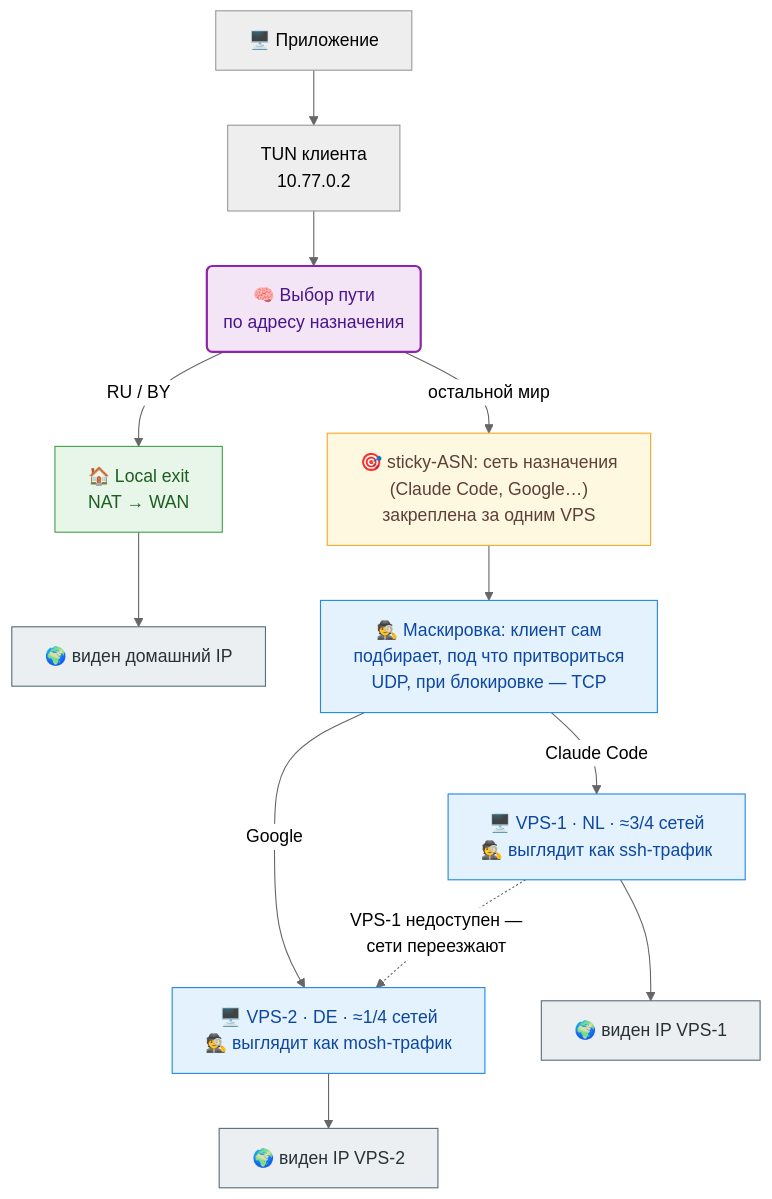
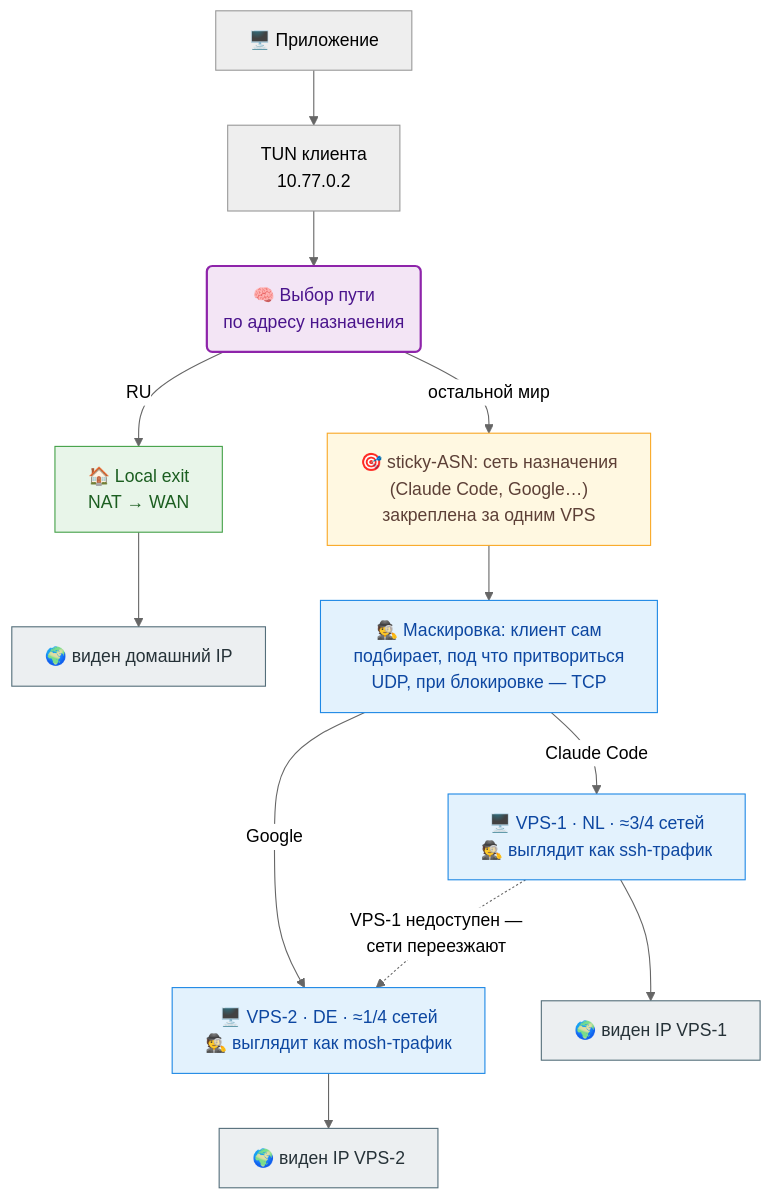
The diagram in README.md (vadv/svpn), drawn with Mermaid (neutral theme) before and after one commit. The commit also changed other lines of this file and 5 other files, not shown here.

````diff
--- a/README.md
+++ b/README.md
@@ -9,25 +9,25 @@
 ```mermaid
 %%{init: {"flowchart": {"wrappingWidth": 280}}}%%
 flowchart TD
     app["🖥️ Приложение"] --> tun["TUN клиента<br/>10.77.0.2"]
     tun --> brain("🧠 Выбор пути<br/>по адресу назначения")
-    brain -->|"RU / BY"| local["🏠 Local exit<br/>NAT → WAN"]
+    brain -->|"RU"| local["🏠 Local exit<br/>NAT → WAN"]
     local --> home["🌍 виден домашний IP"]
     brain -->|"остальной мир"| asn["🎯 sticky-ASN: сеть назначения<br/>(Claude Code, Google…)<br/>закреплена за одним VPS"]
     asn --> mimic["🕵️ Маскировка: клиент сам<br/>подбирает, под что притвориться<br/>UDP, при блокировке — TCP"]
     mimic -->|"Claude Code"| vps1["🖥️ VPS-1 · NL · ≈3/4 сетей<br/>🕵️ выглядит как ssh-трафик"]
     mimic -->|"Google"| vps2["🖥️ VPS-2 · DE · ≈1/4 сетей<br/>🕵️ выглядит как mosh-трафик"]
     vps1 --> net1["🌍 виден IP VPS-1"]
     vps2 --> net2["🌍 виден IP VPS-2"]
     vps1 -.->|"VPS-1 недоступен —<br/>сети переезжают"| vps2
     classDef brain fill:#f3e5f5,stroke:#8e24aa,stroke-width:2px,color:#4a148c
     classDef local fill:#e8f5e9,stroke:#43a047,color:#1b5e20
     classDef asn fill:#fff8e1,stroke:#f9a825,color:#5d4037
     classDef vpn fill:#e3f2fd,stroke:#1e88e5,color:#0d47a1
     classDef edge fill:#eceff1,stroke:#546e7a,color:#263238
     class brain brain
     class local local
     class asn asn
     class mimic,vps1,vps2 vpn
     class home,net1,net2 edge
 ```
````
